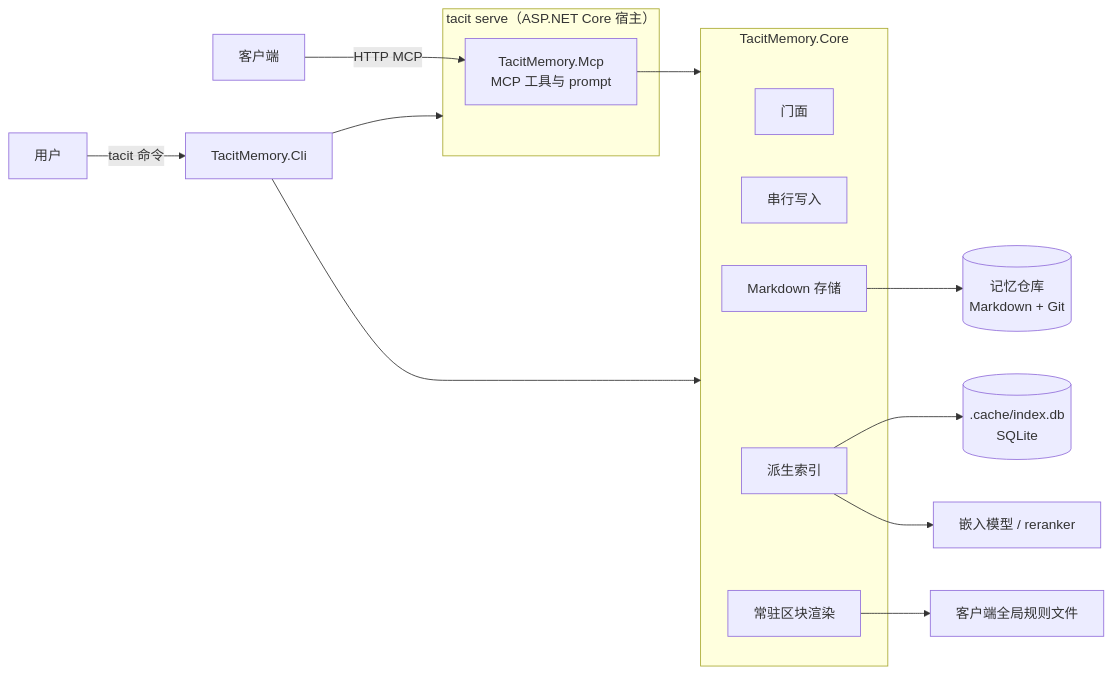
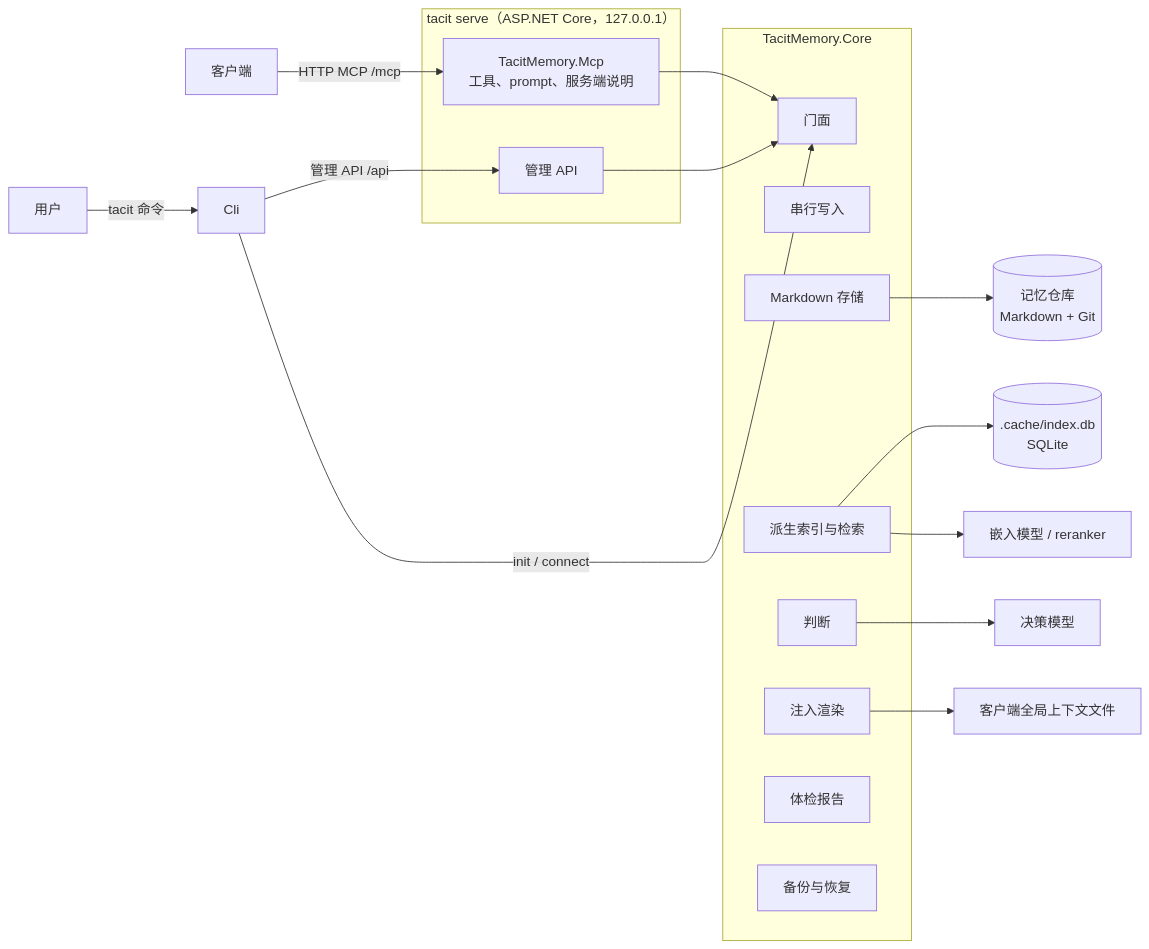
One commit to kearril/tacit-memory changed the diagram in docs/architecture.md. Above: the diagram before and after it, drawn with Mermaid. The commit also changed other lines of this file and 3 other files, not shown here.

````diff
--- a/docs/architecture.md
+++ b/docs/architecture.md
@@ -7,22 +7,28 @@
 ```mermaid
 flowchart LR
-    Client[客户端] -->|HTTP MCP| Mcp
+    Client[客户端] -->|HTTP MCP /mcp| Mcp
     User[用户] -->|tacit 命令| Cli
-    subgraph Host["tacit serve（ASP.NET Core 宿主）"]
-        Mcp[TacitMemory.Mcp<br>MCP 工具与 prompt]
+    Cli -->|管理 API /api| Admin
+    subgraph Host["tacit serve（ASP.NET Core，127.0.0.1）"]
+        Mcp[TacitMemory.Mcp<br>工具、prompt、服务端说明]
+        Admin[管理 API]
     end
-    Cli[TacitMemory.Cli] --> Host
-    Mcp --> Core
-    Cli --> Core
+    Mcp --> Facade
+    Admin --> Facade
+    Cli -->|init / connect| Facade
     subgraph Core["TacitMemory.Core"]
         Facade[门面]
         Writer[串行写入]
         Store[Markdown 存储]
-        Index[派生索引]
-        Resident[常驻区块渲染]
+        Index[派生索引与检索]
+        Judge[判断]
+        Inject[注入渲染]
+        Checkup[体检报告]
+        Backup[备份与恢复]
     end
     Store --> Repo[(记忆仓库<br>Markdown + Git)]
     Index --> Db[(.cache/index.db<br>SQLite)]
-    Index --> Models[嵌入模型 / reranker]
-    Resident --> Rules[客户端全局规则文件]
+    Index --> Aux[嵌入模型 / reranker]
+    Judge --> Decision[决策模型]
+    Inject --> Files[客户端全局上下文文件]
 ```
````
